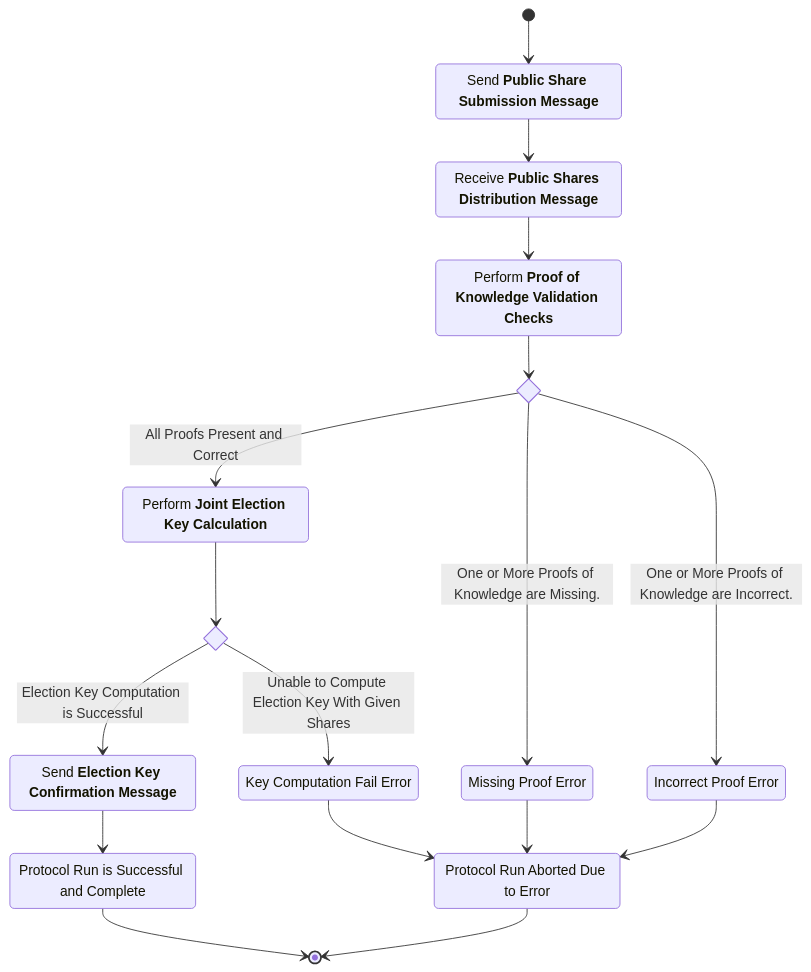
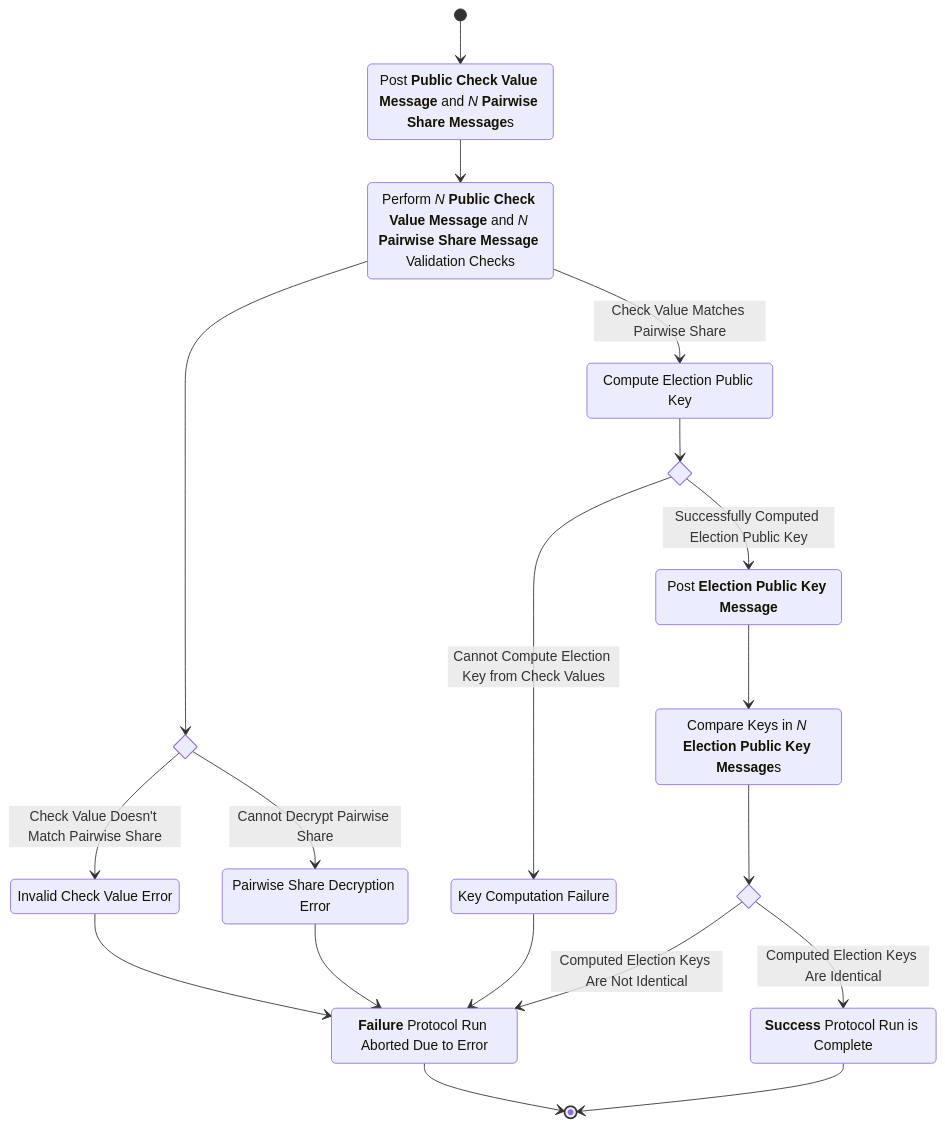
One commit to FreeAndFair/MobileVotingCoreCryptography changed the first of 2 diagrams in docs/protocol/specs/election-key-gen-spec.md. Above: the diagram before and after it, drawn with Mermaid. The commit also changed other lines of this file and 13 other files, not shown here.

````diff
--- a/docs/protocol/specs/election-key-gen-spec.md
+++ b/docs/protocol/specs/election-key-gen-spec.md
@@ -309,40 +165,42 @@
 ```mermaid
     stateDiagram-v2
-        submit : Send **Public Share Submission Message**
-        get_set : Receive **Public Shares Distribution Message**
+        post_shares : Post **Public Check Value Message** and _N_ **Pairwise Share Message**s
+        check_shares : Perform _N_ **Public Check Value Message** and _N_ **Pairwise Share Message** Validation Checks
 
-        check_proofs : Perform **Proof of Knowledge Validation Checks**
-        state proof_check_outcome <<choice>>
-        missing_proof : Missing Proof Error
-        incorrect_proof : Incorrect Proof Error
+        state check_shares_outcome <<choice>>
+        bad_check_value : Invalid Check Value Error
+        pairwise_share_decryption_error : Pairwise Share Decryption Error
 
-        compute_key : Perform **Joint Election Key Calculation**
+        compute_election_key : Compute Election Public Key
         state key_computation_outcome <<choice>>
-        key_computation_fail : Key Computation Fail Error
+        key_computation_fail : Key Computation Failure
 
-        confirmKey : Send **Election Key Confirmation Message**
+        post_election_key : Post **Election Public Key Message**
+        check_election_key : Compare Keys in _N_ **Election Public Key Message**s
 
-        close_with_success : Protocol Run is Successful and Complete
-        close_with_error : Protocol Run Aborted Due to Error
+        state key_check_outcome <<choice>>
+        close_with_success : **Success** Protocol Run is Complete
+        close_with_error : **Failure** Protocol Run Aborted Due to Error
 
-        [*] --> submit
-        submit --> get_set
-        get_set --> check_proofs
+        [*] --> post_shares
+        post_shares --> check_shares
+        check_shares --> check_shares_outcome
+        check_shares_outcome --> bad_check_value : Check Value Doesn't Match Pairwise Share
+        check_shares_outcome --> pairwise_share_decryption_error : Cannot Decrypt Pairwise Share
+        bad_check_value --> close_with_error
+        pairwise_share_decryption_error --> close_with_error
+        check_shares --> compute_election_key : Check Value Matches Pairwise Share
 
-        check_proofs --> proof_check_outcome
-        proof_check_outcome --> compute_key : All Proofs Present and Correct
-        proof_check_outcome --> missing_proof : One or More Proofs of Knowledge are Missing.
-        missing_proof --> close_with_error
-        proof_check_outcome --> incorrect_proof : One or More Proofs of Knowledge are Incorrect.
-        incorrect_proof --> close_with_error
+        compute_election_key --> key_computation_outcome
+        key_computation_outcome --> key_computation_fail : Cannot Compute Election Key from Check Values
+        key_computation_fail --> close_with_error
+        key_computation_outcome --> post_election_key : Successfully Computed Election Public Key
+        post_election_key --> check_election_key
 
-        compute_key --> key_computation_outcome
-        key_computation_outcome --> confirmKey : Election Key Computation is Successful
-        key_computation_outcome --> key_computation_fail : Unable to Compute Election Key With Given Shares
-        key_computation_fail --> close_with_error
-
-        confirmKey --> close_with_success
+        check_election_key --> key_check_outcome
+        key_check_outcome --> close_with_error : Computed Election Keys Are Not Identical
+        key_check_outcome --> close_with_success : Computed Election Keys Are Identical
 
         close_with_success --> [*]
         close_with_error --> [*]
 ```
````
